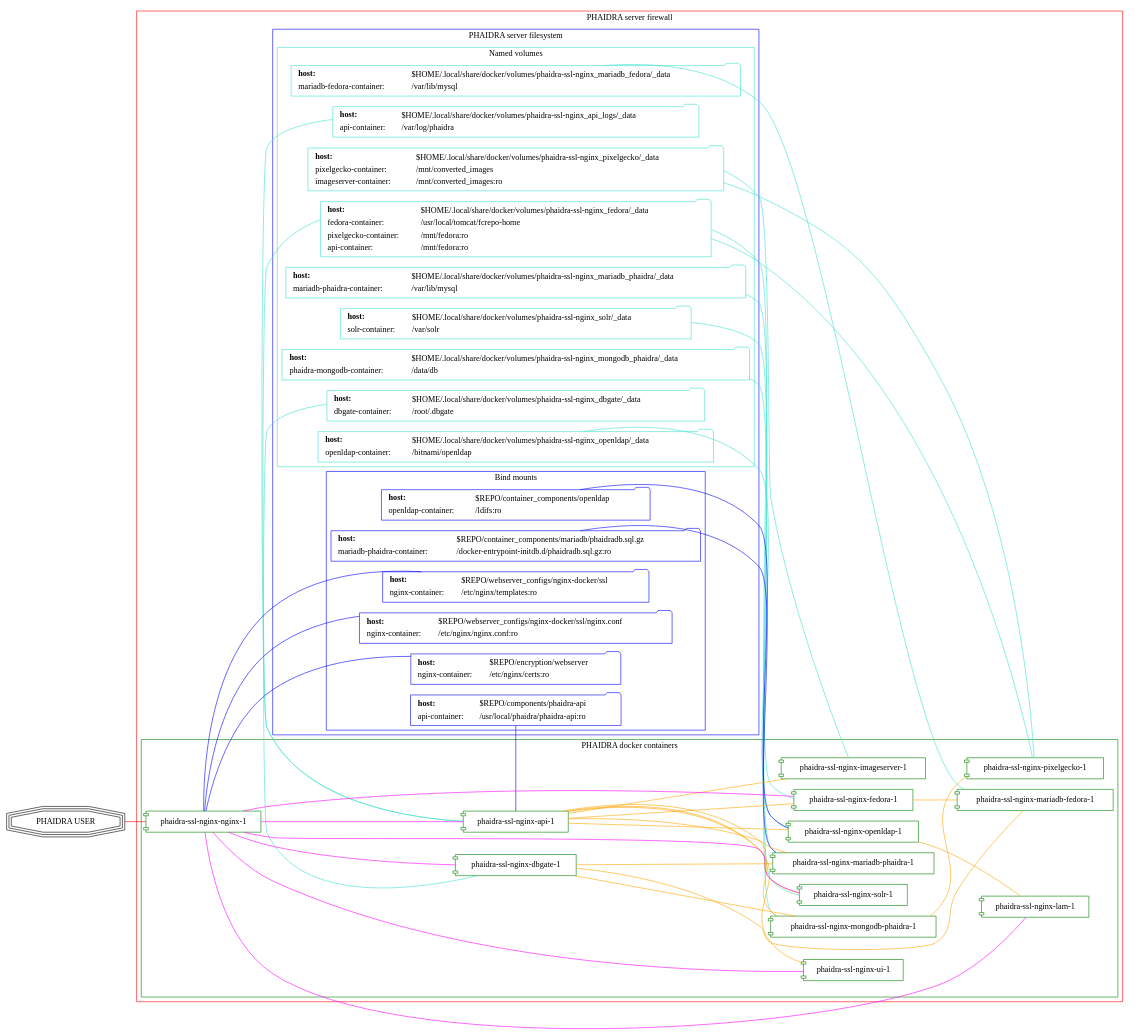
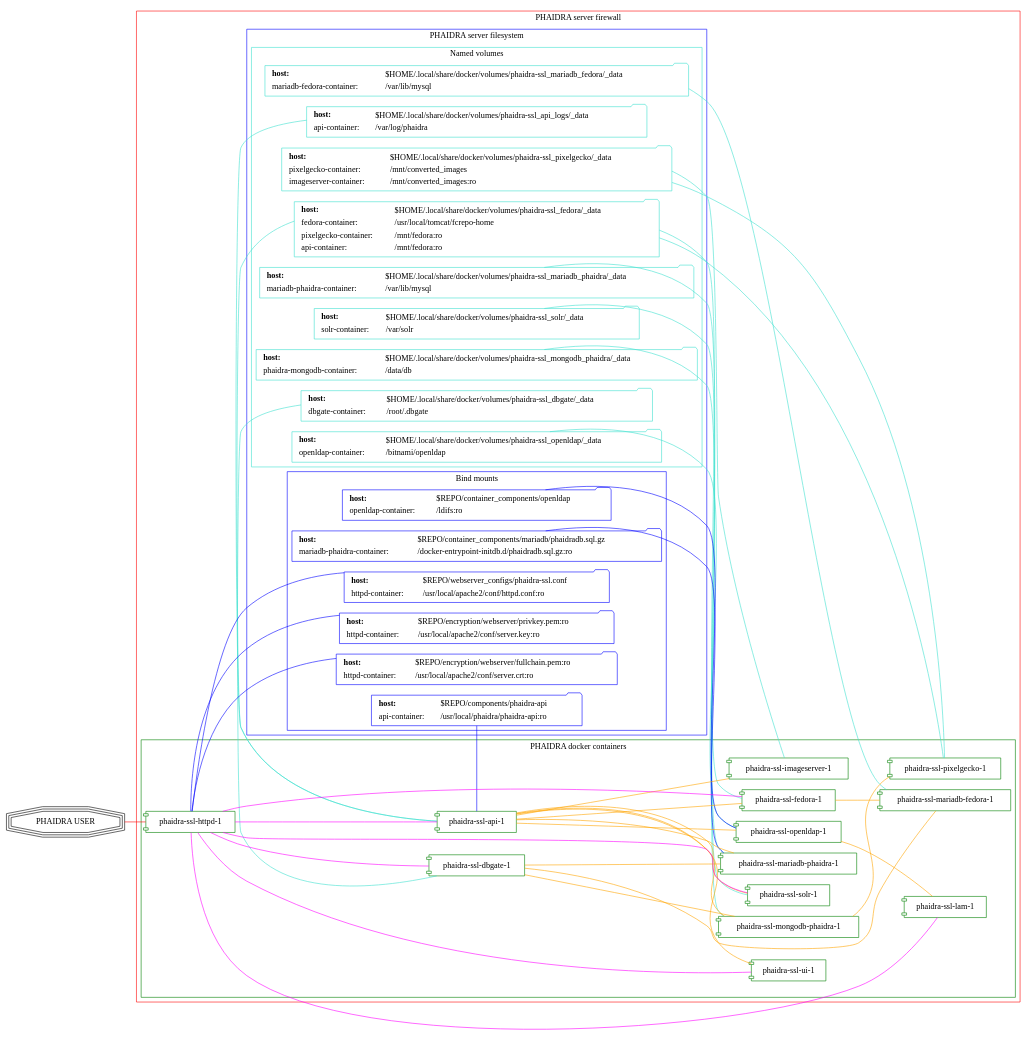
Before and after one commit to phaidra/phaidra: the second of 3 diagrams in README.org, drawn with Graphviz. The commit also changed other lines of this file and 8 other files, not shown here.

```diff
--- a/README.org
+++ b/README.org
@@ -547,4 +530,4 @@
-   #+begin_src dot :file "./pictures/construction_ssl_nginx.svg" :exports results
+   #+begin_src dot :file "./pictures/construction_ssl.svg" :exports results
      graph G {
              rankdir="LR"
 
@@ -565,7 +548,7 @@
                                                 <table border="0">
                                                 <tr>
                                                 <td align="text"><b>host:</b><br align="left" /></td>
-                                                <td align="text">$HOME/.local/share/docker/volumes/phaidra-ssl-nginx_fedora/_data<br align="left" /></td>
+                                                <td align="text">$HOME/.local/share/docker/volumes/phaidra-ssl_fedora/_data<br align="left" /></td>
                                                 </tr>
                                                 <tr>
                                                 <td align="text">fedora-container:<br align="left" /></td>
@@ -585,7 +568,7 @@
                                                   <table border="0">
                                                   <tr>
                                                   <td align="text"><b>host:</b><br align="left" /></td>
-                                                  <td align="text">$HOME/.local/share/docker/volumes/phaidra-ssl-nginx_api_logs/_data<br align="left" /></td>
+                                                  <td align="text">$HOME/.local/share/docker/volumes/phaidra-ssl_api_logs/_data<br align="left" /></td>
                                                   </tr>
                                                   <tr>
                                                   <td align="text">api-container:<br align="left" /></td>
@@ -597,7 +580,7 @@
                                                          <table border="0">
                                                          <tr>
                                                          <td align="text"><b>host:</b><br align="left" /></td>
-                                                         <td align="text">$HOME/.local/share/docker/volumes/phaidra-ssl-nginx_mariadb_phaidra/_data<br align="left" /></td>
+                                                         <td align="text">$HOME/.local/share/docker/volumes/phaidra-ssl_mariadb_phaidra/_data<br align="left" /></td>
                                                          </tr>
                                                          <tr>
                                                          <td align="text">mariadb-phaidra-container:<br align="left" /></td>
@@ -609,7 +592,7 @@
                                                          <table border="0">
                                                          <tr>
                                                          <td align="text"><b>host:</b><br align="left" /></td>
-                                                         <td align="text">$HOME/.local/share/docker/volumes/phaidra-ssl-nginx_mongodb_phaidra/_data<br align="left" /></td>
+                                                         <td align="text">$HOME/.local/share/docker/volumes/phaidra-ssl_mongodb_phaidra/_data<br align="left" /></td>
                                                          </tr>
                                                          <tr>
                                                          <td align="text">phaidra-mongodb-container:<br align="left" /></td>
@@ -620,7 +603,7 @@
                                                   <table border="0">
                                                   <tr>
                                                   <td align="text"><b>host:</b><br align="left" /></td>
-                                                  <td align="text">$HOME/.local/share/docker/volumes/phaidra-ssl-nginx_openldap/_data<br align="left" /></td>
+                                                  <td align="text">$HOME/.local/share/docker/volumes/phaidra-ssl_openldap/_data<br align="left" /></td>
                                                   </tr>
                                                   <tr>
                                                   <td align="text">openldap-container:<br align="left" /></td>
@@ -632,7 +615,7 @@
                                               <table border="0">
                                               <tr>
                                               <td align="text"><b>host:</b><br align="left" /></td>
-                                              <td align="text">$HOME/.local/share/docker/volumes/phaidra-ssl-nginx_solr/_data<br align="left" /></td>
+                                              <td align="text">$HOME/.local/share/docker/volumes/phaidra-ssl_solr/_data<br align="left" /></td>
                                               </tr>
                                               <tr>
                                               <td align="text">solr-container:<br align="left" /></td>
@@ -644,7 +627,7 @@
                                                     <table border="0">
                                                     <tr>
                                                     <td align="text"><b>host:</b><br align="left" /></td>
-                                                    <td align="text">$HOME/.local/share/docker/volumes/phaidra-ssl-nginx_pixelgecko/_data<br align="left" /></td>
+                                                    <td align="text">$HOME/.local/share/docker/volumes/phaidra-ssl_pixelgecko/_data<br align="left" /></td>
                                                     </tr>
                                                     <tr>
                                                     <td align="text">pixelgecko-container:<br align="left" /></td>
@@ -660,7 +643,7 @@
                                                 <table border="0">
                                                 <tr>
                                                 <td align="text"><b>host:</b><br align="left" /></td>
-                                                <td align="text">$HOME/.local/share/docker/volumes/phaidra-ssl-nginx_dbgate/_data<br align="left" /></td>
+                                                <td align="text">$HOME/.local/share/docker/volumes/phaidra-ssl_dbgate/_data<br align="left" /></td>
                                                 </tr>
                                                 <tr>
                                                 <td align="text">dbgate-container:<br align="left" /></td>
@@ -672,7 +655,7 @@
                                                         <table border="0">
                                                         <tr>
                                                         <td align="text"><b>host:</b><br align="left" /></td>
-                                                        <td align="text">$HOME/.local/share/docker/volumes/phaidra-ssl-nginx_mariadb_fedora/_data<br align="left" /></td>
+                                                        <td align="text">$HOME/.local/share/docker/volumes/phaidra-ssl_mariadb_fedora/_data<br align="left" /></td>
                                                         </tr>
                                                         <tr>
                                                         <td align="text">mariadb-fedora-container:<br align="left" /></td>
@@ -708,42 +691,42 @@
                                                                             </tr>
                                                                             </table>
                                                                             >];
-                                                        BIND_NGINX_SITE_CONFIG [label=<
-                                                                                <table border="0">
-                                                                                <tr>
-                                                                                <td align="text"><b>host:</b><br align="left" /></td>
-                                                                                <td align="text">$REPO/webserver_configs/nginx-docker/ssl<br align="left" /></td>
-                                                                                </tr>
-                                                                                <tr>
-                                                                                <td align="text">nginx-container:<br align="left" /></td>
-                                                                                <td align="text">/etc/nginx/templates:ro<br align="left" /></td>
-                                                                                </tr>
-                                                                                </table>
-                                                                                >];
-                                                        BIND_NGINX_SERVER_CONFIG [label=<
-                                                                                  <table border="0">
-                                                                                  <tr>
-                                                                                  <td align="text"><b>host:</b><br align="left" /></td>
-                                                                                  <td align="text">$REPO/webserver_configs/nginx-docker/ssl/nginx.conf<br align="left" /></td>
-                                                                                  </tr>
-                                                                                  <tr>
-                                                                                  <td align="text">nginx-container:<br align="left" /></td>
-                                                                                  <td align="text">/etc/nginx/nginx.conf:ro<br align="left" /></td>
-                                                                                  </tr>
-                                                                                  </table>
-                                                                                  >];
-                                                        BIND_NGINX_CERTS [label=<
-                                                                          <table border="0">
-                                                                          <tr>
-                                                                          <td align="text"><b>host:</b><br align="left" /></td>
-                                                                          <td align="text">$REPO/encryption/webserver<br align="left" /></td>
-                                                                          </tr>
-                                                                          <tr>
-                                                                          <td align="text">nginx-container:<br align="left" /></td>
-                                                                          <td align="text">/etc/nginx/certs:ro<br align="left" /></td>
-                                                                          </tr>
-                                                                          </table>
-                                                                          >];
+                                                        BIND_HTTPD_CONFIG [label=<
+                                                                           <table border="0">
+                                                                           <tr>
+                                                                           <td align="text"><b>host:</b><br align="left" /></td>
+                                                                           <td align="text">$REPO/webserver_configs/phaidra-ssl.conf<br align="left" /></td>
+                                                                           </tr>
+                                                                           <tr>
+                                                                           <td align="text">httpd-container:<br align="left" /></td>
+                                                                           <td align="text">/usr/local/apache2/conf/httpd.conf:ro<br align="left" /></td>
+                                                                           </tr>
+                                                                           </table>
+                                                                           >];
+                                                        BIND_HTTPD_KEY [label=<
+                                                                        <table border="0">
+                                                                        <tr>
+                                                                        <td align="text"><b>host:</b><br align="left" /></td>
+                                                                        <td align="text">$REPO/encryption/webserver/privkey.pem:ro<br align="left" /></td>
+                                                                        </tr>
+                                                                        <tr>
+                                                                        <td align="text">httpd-container:<br align="left" /></td>
+                                                                        <td align="text">/usr/local/apache2/conf/server.key:ro<br align="left" /></td>
+                                                                        </tr>
+                                                                        </table>
+                                                                        >];
+                                                        BIND_HTTPD_CERT [label=<
+                                                                         <table border="0">
+                                                                         <tr>
+                                                                         <td align="text"><b>host:</b><br align="left" /></td>
+                                                                         <td align="text">$REPO/encryption/webserver/fullchain.pem:ro<br align="left" /></td>
+                                                                         </tr>
+                                                                         <tr>
+                                                                         <td align="text">httpd-container:<br align="left" /></td>
+                                                                         <td align="text">/usr/local/apache2/conf/server.crt:ro<br align="left" /></td>
+                                                                         </tr>
+                                                                         </table>
+                                                                         >];
                                                         BIND_API_CODE [label=<
                                                                        <table border="0">
                                                                        <tr>
@@ -765,28 +748,28 @@
              label="PHAIDRA docker containers";
              color = green;
              node [shape = component, style = solid, color = green]
-             C_FEDORA [label="phaidra-ssl-nginx-fedora-1",
+             C_FEDORA [label="phaidra-ssl-fedora-1",
                        URL="https://fedora.lyrasis.org/"];
-             C_API [label="phaidra-ssl-nginx-api-1",
+             C_API [label="phaidra-ssl-api-1",
                     URL="https://github.com/phaidra/phaidra-api"];
-             C_MARIADB_PHAIDRA [label="phaidra-ssl-nginx-mariadb-phaidra-1",
+             C_MARIADB_PHAIDRA [label="phaidra-ssl-mariadb-phaidra-1",
                                 URL="https://mariadb.org/"];
-             C_MONGODB_PHAIDRA [label="phaidra-ssl-nginx-mongodb-phaidra-1",
+             C_MONGODB_PHAIDRA [label="phaidra-ssl-mongodb-phaidra-1",
                                 URL="https://www.mongodb.com/"];
-             C_UI [label="phaidra-ssl-nginx-ui-1",
+             C_UI [label="phaidra-ssl-ui-1",
                    URL="https://github.com/phaidra/phaidra-ui"];
-             C_OPENLDAP [label="phaidra-ssl-nginx-openldap-1",
+             C_OPENLDAP [label="phaidra-ssl-openldap-1",
                          URL="https://www.openldap.org/"];
-             C_SOLR [label="phaidra-ssl-nginx-solr-1",
+             C_SOLR [label="phaidra-ssl-solr-1",
                      URL="https://solr.apache.org/"];
-             C_IMAGESERVER [label="phaidra-ssl-nginx-imageserver-1",
+             C_IMAGESERVER [label="phaidra-ssl-imageserver-1",
                             URL="https://github.com/ruven/iipsrv"];
-             C_PIXELGECKO [label="phaidra-ssl-nginx-pixelgecko-1"];
-             C_DBGATE [label="phaidra-ssl-nginx-dbgate-1"];
-             C_LAM [label="phaidra-ssl-nginx-lam-1"];
-             C_MARIADB_FEDORA [label="phaidra-ssl-nginx-mariadb-fedora-1",
+             C_PIXELGECKO [label="phaidra-ssl-pixelgecko-1"];
+             C_DBGATE [label="phaidra-ssl-dbgate-1"];
+             C_LAM [label="phaidra-ssl-lam-1"];
+             C_MARIADB_FEDORA [label="phaidra-ssl-mariadb-fedora-1",
                                URL="https://mariadb.org/"];
-             WEBSERVER [label="phaidra-ssl-nginx-nginx-1"];
+             WEBSERVER [label="phaidra-ssl-httpd-1"];
      }
      }
 
@@ -816,7 +799,7 @@
 
      HS_MARIADB_FEDORA -- C_MARIADB_FEDORA [color="turquoise"];
 
-     WEBSERVER -- BIND_NGINX_SITE_CONFIG,BIND_NGINX_SERVER_CONFIG,BIND_NGINX_CERTS [color="blue"];
+     WEBSERVER -- BIND_HTTPD_CONFIG,BIND_HTTPD_KEY,BIND_HTTPD_CERT [color="blue"];
 
      // system communication mapping
 
```
